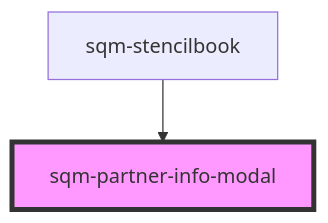
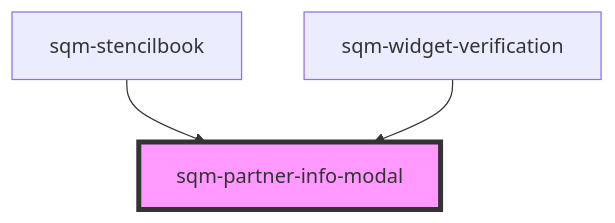
The diagram in packages/mint-components/src/components/sqm-partner-info-modal/readme.md (saasquatch/program-tools), drawn with Mermaid before and after one commit. The commit also changed other lines of this file and 3 other files, not shown here.

Commit message:
Add sqm-partner-info-modal to sqm-widget-verification

````diff
--- a/packages/mint-components/src/components/sqm-partner-info-modal/readme.md
+++ b/packages/mint-components/src/components/sqm-partner-info-modal/readme.md
@@ -34,5 +37,6 @@
 ```mermaid
 graph TD;
   sqm-stencilbook --> sqm-partner-info-modal
+  sqm-widget-verification --> sqm-partner-info-modal
   style sqm-partner-info-modal fill:#f9f,stroke:#333,stroke-width:4px
 ```
````
